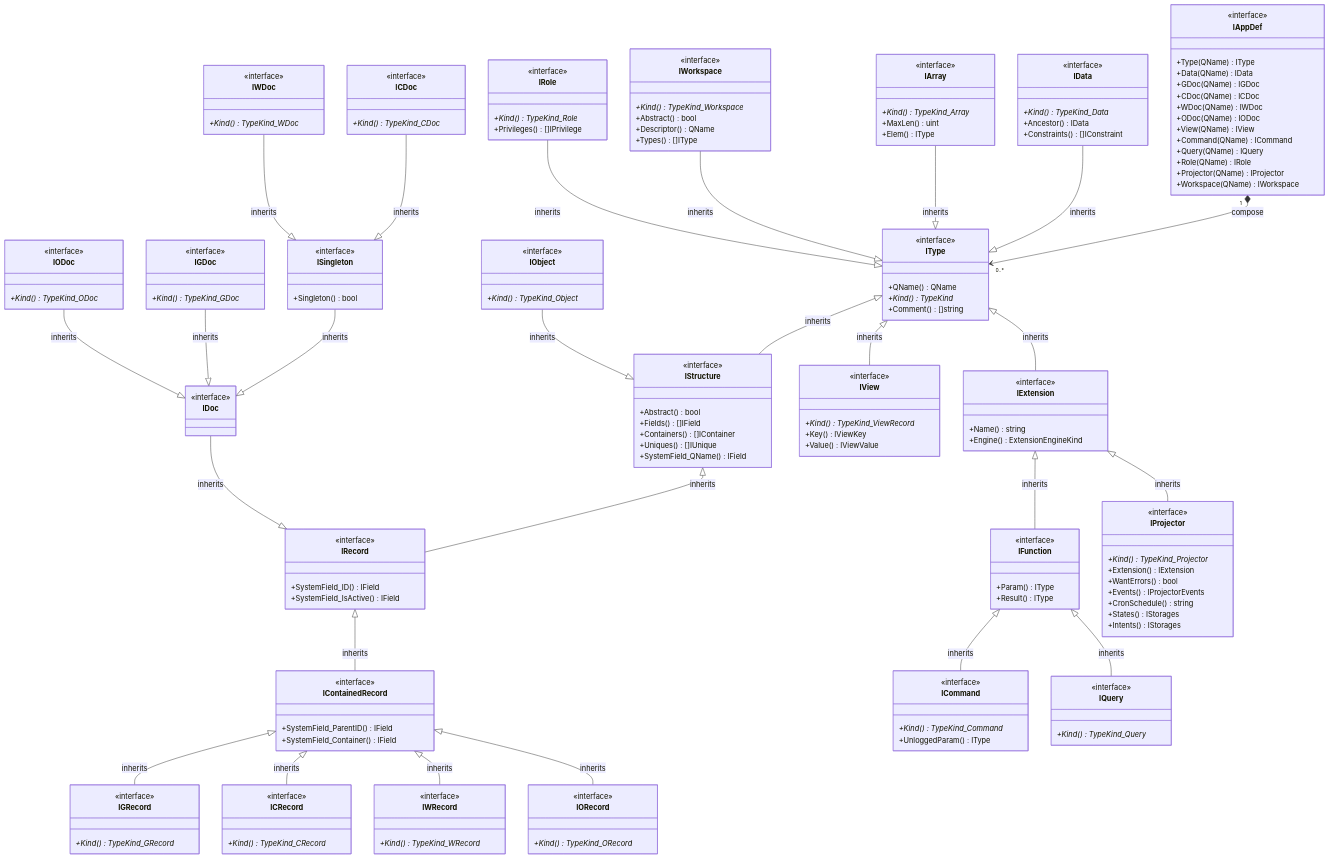
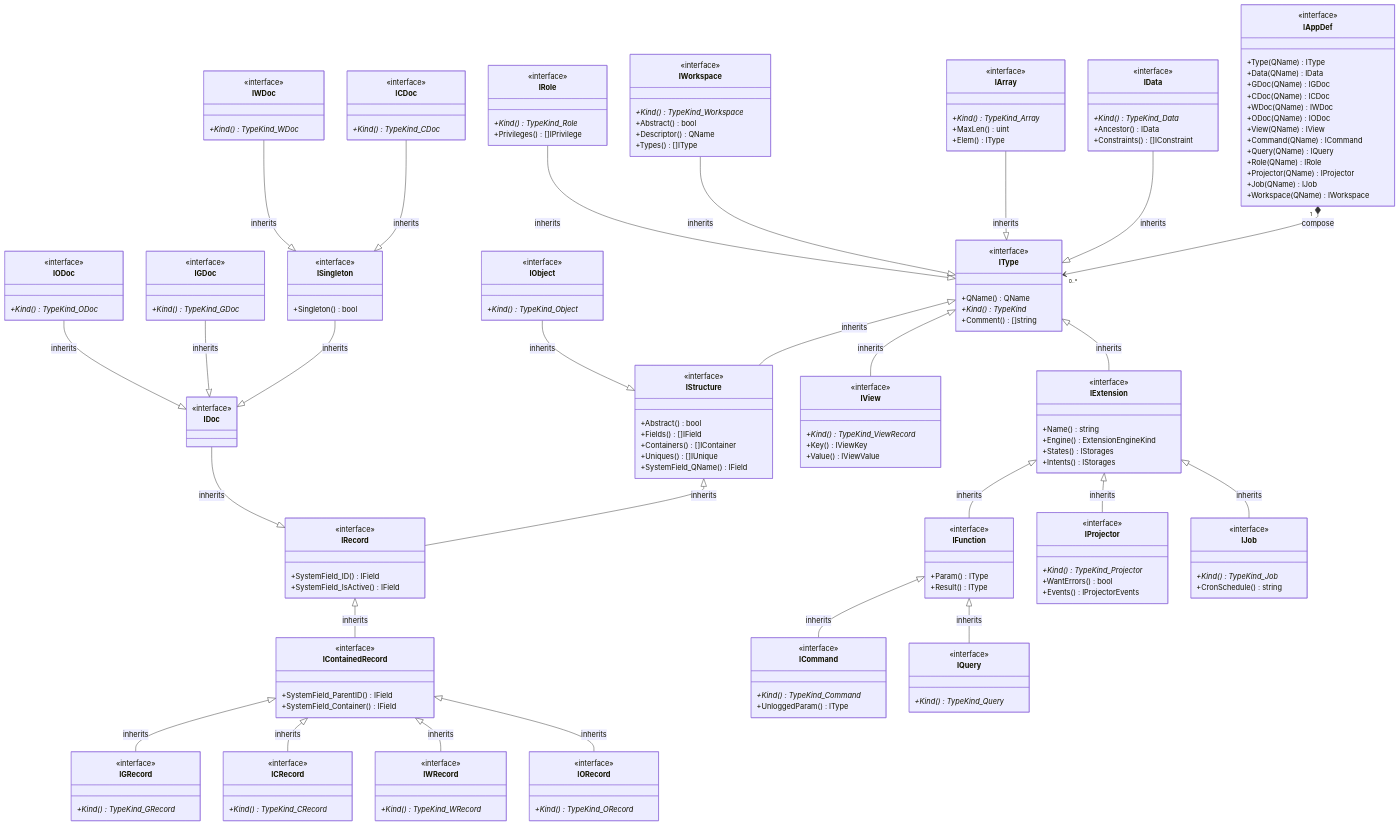
One commit to voedger/voedger changed the first of 8 diagrams in pkg/appdef/README.md. Above: the diagram before and after it, drawn with Mermaid. The commit also changed other lines of this file and 27 other files, not shown here.

```diff
--- a/pkg/appdef/README.md
+++ b/pkg/appdef/README.md
@@ -21,6 +21,7 @@
         +Query(QName) IQuery
         +Role(QName) IRole
         +Projector(QName) IProjector
+        +Job(QName) IJob
         +Workspace(QName) IWorkspace
     }
     IAppDef "1" *--> "0..*" IType : compose
@@ -150,6 +151,8 @@
         <<interface>>
         +Name() string
         +Engine() ExtensionEngineKind
+        +States() IStorages
+        +Intents() IStorages
     }
 
     IExtension <|-- IFunction : inherits
@@ -176,12 +179,15 @@
     class IProjector {
         <<interface>>
         +Kind()* TypeKind_Projector
-        +Extension() IExtension
         +WantErrors() bool
         +Events() IProjectorEvents
+    }
+
+    IExtension <|-- IJob : inherits
+    class IJob {
+        <<interface>>
+        +Kind()* TypeKind_Job
         +CronSchedule() string
-        +States() IStorages
-        +Intents() IStorages
     }
 
     IWorkspace --|> IType : inherits
```
